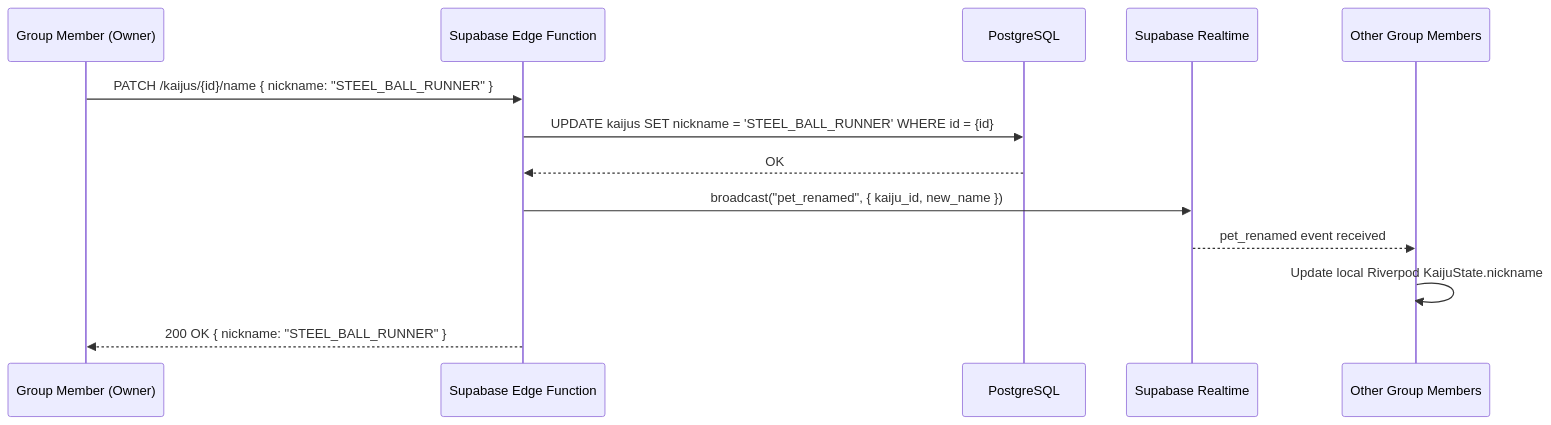
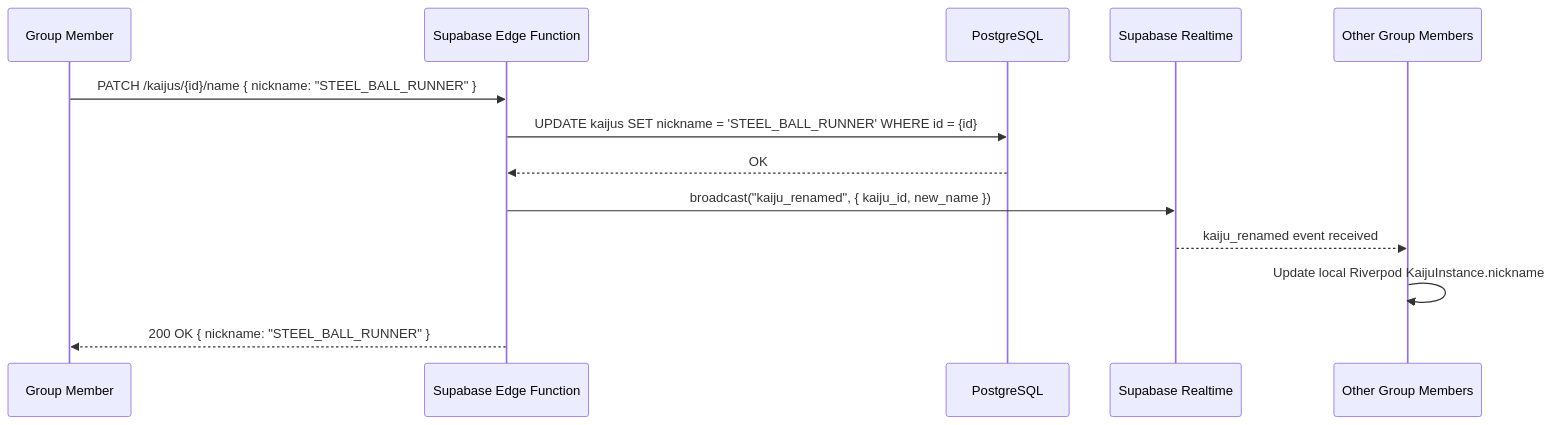
Before and after one commit to TheMrCorvy/HATCH.REF: the diagram in Documentation/Customization/03-kaiju-name-customization.md, drawn with Mermaid. The commit also changed other lines of this file and 55 other files, not shown here.

````diff
--- a/Documentation/Customization/03-kaiju-name-customization.md
+++ b/Documentation/Customization/03-kaiju-name-customization.md
@@ -165,16 +167,16 @@
 ```mermaid
 sequenceDiagram
-    participant Owner as Group Member (Owner)
+    participant Member as Group Member
     participant API as Supabase Edge Function
     participant DB as PostgreSQL
     participant RT as Supabase Realtime
     participant Others as Other Group Members
 
-    Owner->>API: PATCH /kaijus/{id}/name { nickname: "STEEL_BALL_RUNNER" }
+    Member->>API: PATCH /kaijus/{id}/name { nickname: "STEEL_BALL_RUNNER" }
     API->>DB: UPDATE kaijus SET nickname = 'STEEL_BALL_RUNNER' WHERE id = {id}
     DB-->>API: OK
-    API->>RT: broadcast("pet_renamed", { kaiju_id, new_name })
-    RT-->>Others: pet_renamed event received
-    Others->>Others: Update local Riverpod KaijuState.nickname
-    API-->>Owner: 200 OK { nickname: "STEEL_BALL_RUNNER" }
+    API->>RT: broadcast("kaiju_renamed", { kaiju_id, new_name })
+    RT-->>Others: kaiju_renamed event received
+    Others->>Others: Update local Riverpod KaijuInstance.nickname
+    API-->>Member: 200 OK { nickname: "STEEL_BALL_RUNNER" }
 ```
````
